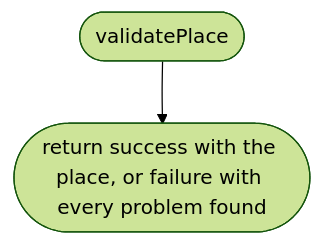
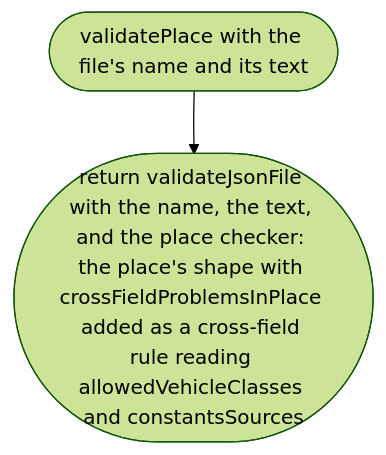
One commit to NewDara-Star/world-engine changed the fifth of 5 diagrams in docs/designs/src/place/place.md. Above: the diagram before and after it, drawn with Mermaid (forest theme). The commit also changed other lines of this file and 9 other files, not shown here.

First line of the commit message:
Scope 002b session A: redraw the place checker's designs under their new names

````diff
--- a/docs/designs/src/place/place.md
+++ b/docs/designs/src/place/place.md
@@ -56,6 +74,6 @@
 ```mermaid
 flowchart TD
-  s(["validatePlace"])
-  a(["return success with the place, or failure with every problem found"])
+  s(["validatePlace with the file's name and its text"])
+  a(["return validateJsonFile with the name, the text, and the place checker: the place's shape with crossFieldProblemsInPlace added as a cross-field rule reading allowedVehicleClasses and constantsSources"])
   s --> a
 ```
````
